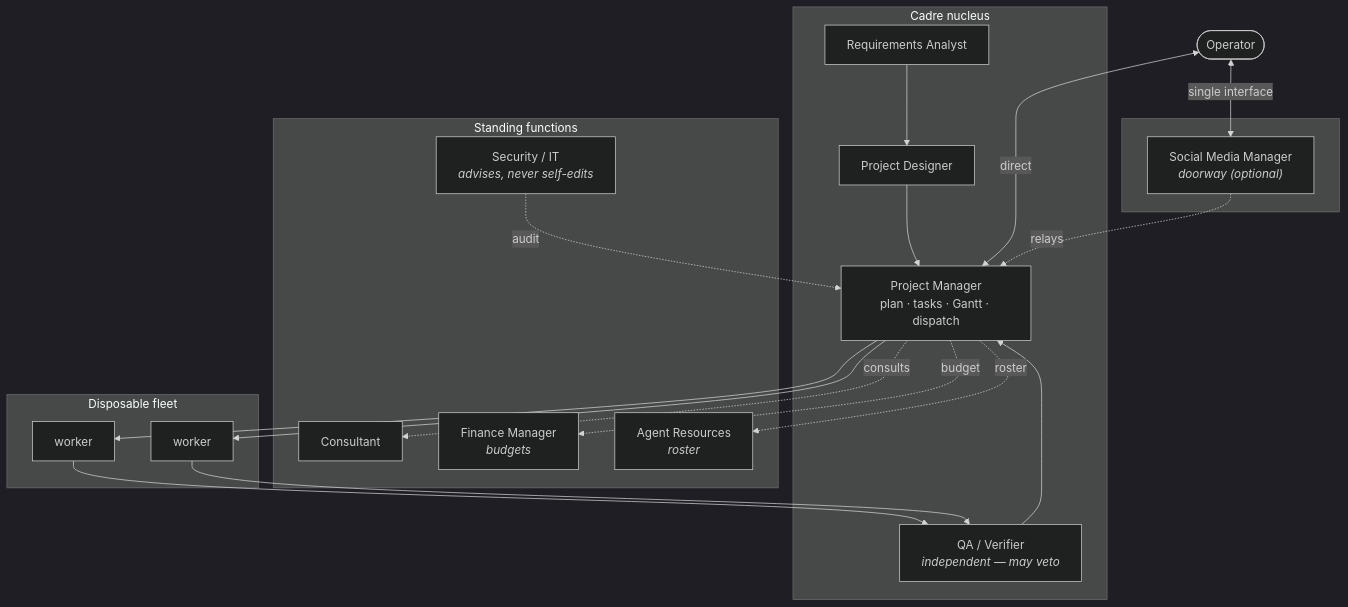
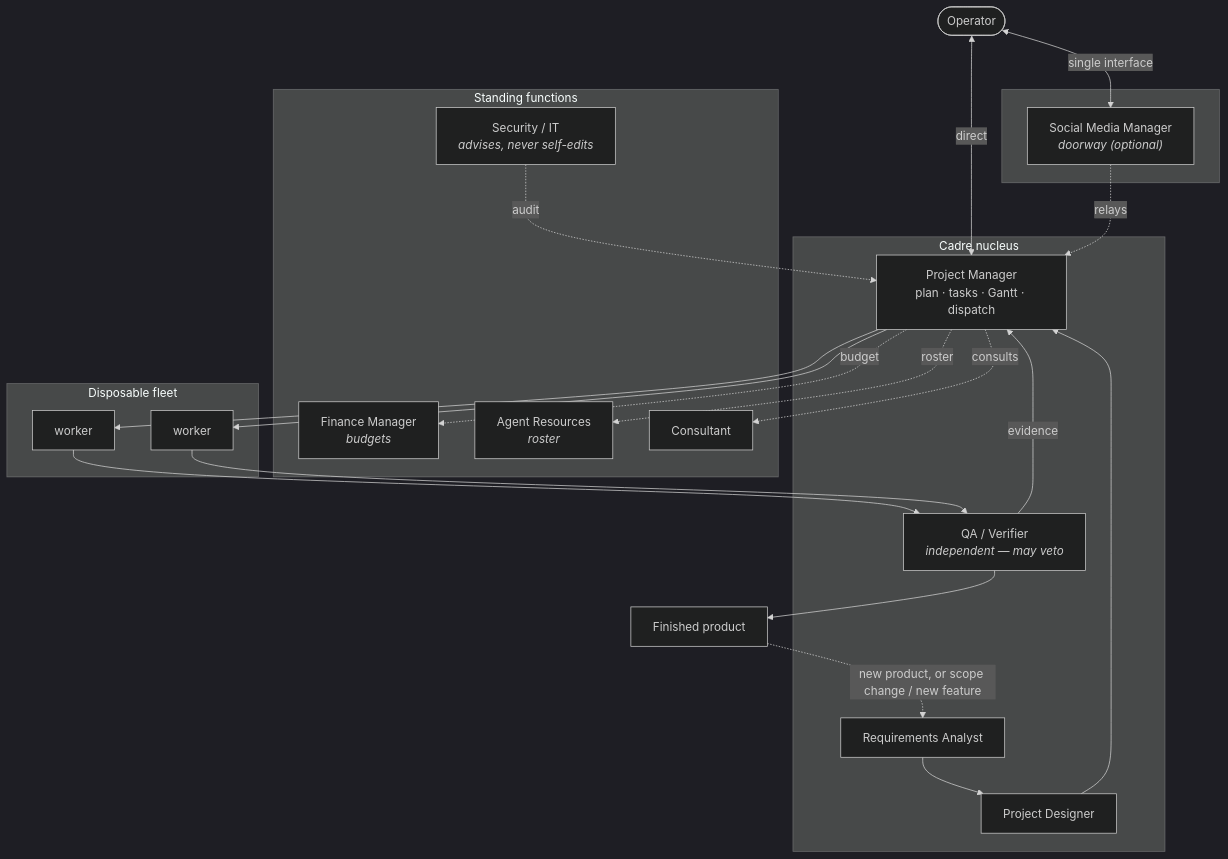
Before and after one commit to ADD-Attack/Cadre: the diagram in diagrams/topology.md, drawn with Mermaid (dark theme). The commit also changed other lines of this file and 2 other files, not shown here.

Commit message:
docs: mirror the project flow (finished product + rework loop back to RA)
The README flow stopped at the PM. It now shows the full path — Requirements
Analyst -> Project Designer -> PM (workers in the PM's scope) -> QA ->
finished product — plus the rework loop: a new product, or a scope change /
new feature, re-enters at the Requirements Analyst rather than being patched
mid-stream. Support roles are stated as beside-the-line, never on it.

Adds diagrams/project-pipeline.svg (the same figure the paper now uses in
8) and updates the topology mermaid to show QA->product and the loop.

````diff
--- a/diagrams/topology.md
+++ b/diagrams/topology.md
@@ -3,39 +3,42 @@
 ```mermaid
 flowchart TD
     OP([Operator])
 
     subgraph DOOR[" "]
       SMM["Social Media Manager<br/><i>doorway (optional)</i>"]
     end
 
     subgraph CORE["Cadre nucleus"]
       PM["Project Manager<br/>plan · tasks · Gantt · dispatch"]
       RA["Requirements Analyst"]
       PD["Project Designer"]
       QA["QA / Verifier<br/><i>independent — may veto</i>"]
     end
 
     subgraph STAND["Standing functions"]
       SEC["Security / IT<br/><i>advises, never self-edits</i>"]
       FM["Finance Manager<br/><i>budgets</i>"]
       AR["Agent Resources<br/><i>roster</i>"]
       CON["Consultant"]
     end
 
     subgraph WORK["Disposable fleet"]
       W1["worker"]
       W2["worker"]
     end
 
     OP <-->|single interface| SMM
     OP <-->|direct| PM
     SMM -. relays .-> PM
 
     RA --> PD --> PM
     PM --> W1 & W2
-    W1 & W2 --> QA --> PM
+    W1 & W2 --> QA
+    QA -->|evidence| PM
+    QA --> PROD["Finished product"]
+    PROD -.->|new product, or scope change / new feature| RA
     PM -. consults .-> CON
     PM -. budget .-> FM
     PM -. roster .-> AR
     SEC -. audit .-> PM
 ```
````
